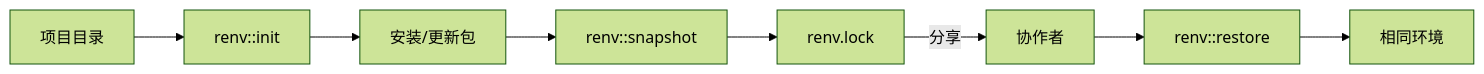
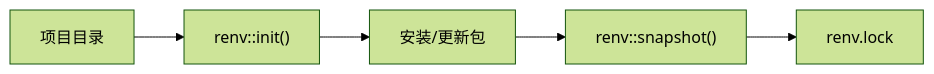
Before and after one commit to D2RS-2026spring/data-driven-reproducible-study: the third of 4 diagrams in slides/lecture4-reproducible-environment.qmd, drawn with Mermaid (forest theme). The commit also changed other lines of this file and 2 other files, not shown here.

````diff
--- a/slides/lecture4-reproducible-environment.qmd
+++ b/slides/lecture4-reproducible-environment.qmd
@@ -299,10 +580,7 @@
 ```{mermaid}
 flowchart LR
-    A[项目目录] --> B[renv::init]
+    A[项目目录] --> B["renv::init()"]
     B --> C[安装/更新包]
-    C --> D[renv::snapshot]
-    D --> E[renv.lock]
-    E -->|分享| F[协作者]
-    F --> G[renv::restore]
-    G --> H[相同环境]
+    C --> D["renv::snapshot()"]
+    D --> E["renv.lock"]
 ```
````
